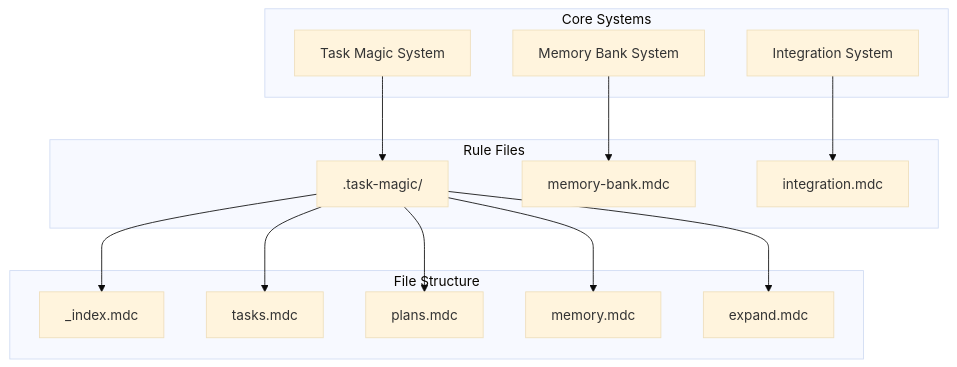
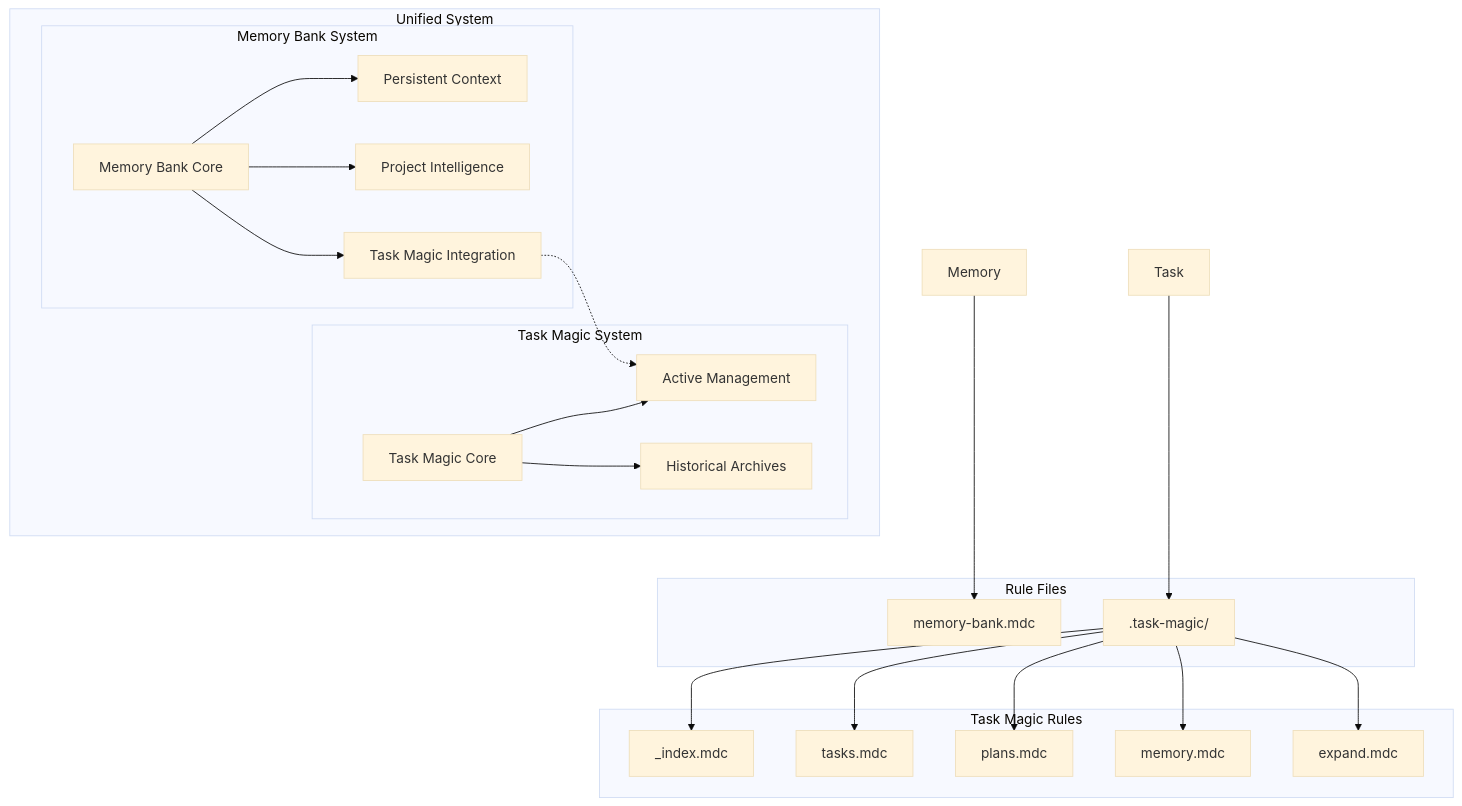
The diagram in README.md (louisfghbvc/task-management-memory-system), drawn with Mermaid (base theme) before and after one commit. The commit also changed other lines of this file and 1 other file, not shown here.

Commit message:
更新 README.md，重構系統架構圖，強化記憶體庫與任務魔法的整合說明，刪除不再使用的整合系統文件。

````diff
--- a/README.md
+++ b/README.md
@@ -7,32 +7,47 @@
 ```mermaid
 graph TD
-    subgraph "Core Systems"
-        TM[Task Magic System]
-        MB[Memory Bank System]
-        INT[Integration System]
+    subgraph "Unified System"
+        subgraph "Memory Bank System"
+            MB[Memory Bank Core]
+            MB_Context[Persistent Context]
+            MB_Learning[Project Intelligence]
+            MB_Integration[Task Magic Integration]
+            
+            MB --> MB_Context
+            MB --> MB_Learning
+            MB --> MB_Integration
+        end
+        
+        subgraph "Task Magic System"
+            TM[Task Magic Core]
+            TM_Active[Active Management]
+            TM_History[Historical Archives]
+            
+            TM --> TM_Active
+            TM --> TM_History
+        end
     end
     
     subgraph "Rule Files"
+        MB_Rule[memory-bank.mdc]
         TM_Rules[.task-magic/]
-        MB_Rule[memory-bank.mdc]
-        INT_Rule[integration.mdc]
     end
     
-    subgraph "File Structure"
+    subgraph "Task Magic Rules"
         TM_Index[_index.mdc]
         TM_Tasks[tasks.mdc]
         TM_Plans[plans.mdc]
         TM_Memory[memory.mdc]
         TM_Expand[expand.mdc]
     end
     
-    TM --> TM_Rules
-    MB --> MB_Rule
-    INT --> INT_Rule
+    Memory --> MB_Rule
+    Task --> TM_Rules
+    MB_Integration -.-> TM_Active
     
     TM_Rules --> TM_Index
     TM_Rules --> TM_Tasks
     TM_Rules --> TM_Plans
     TM_Rules --> TM_Memory
     TM_Rules --> TM_Expand
 ```
````
